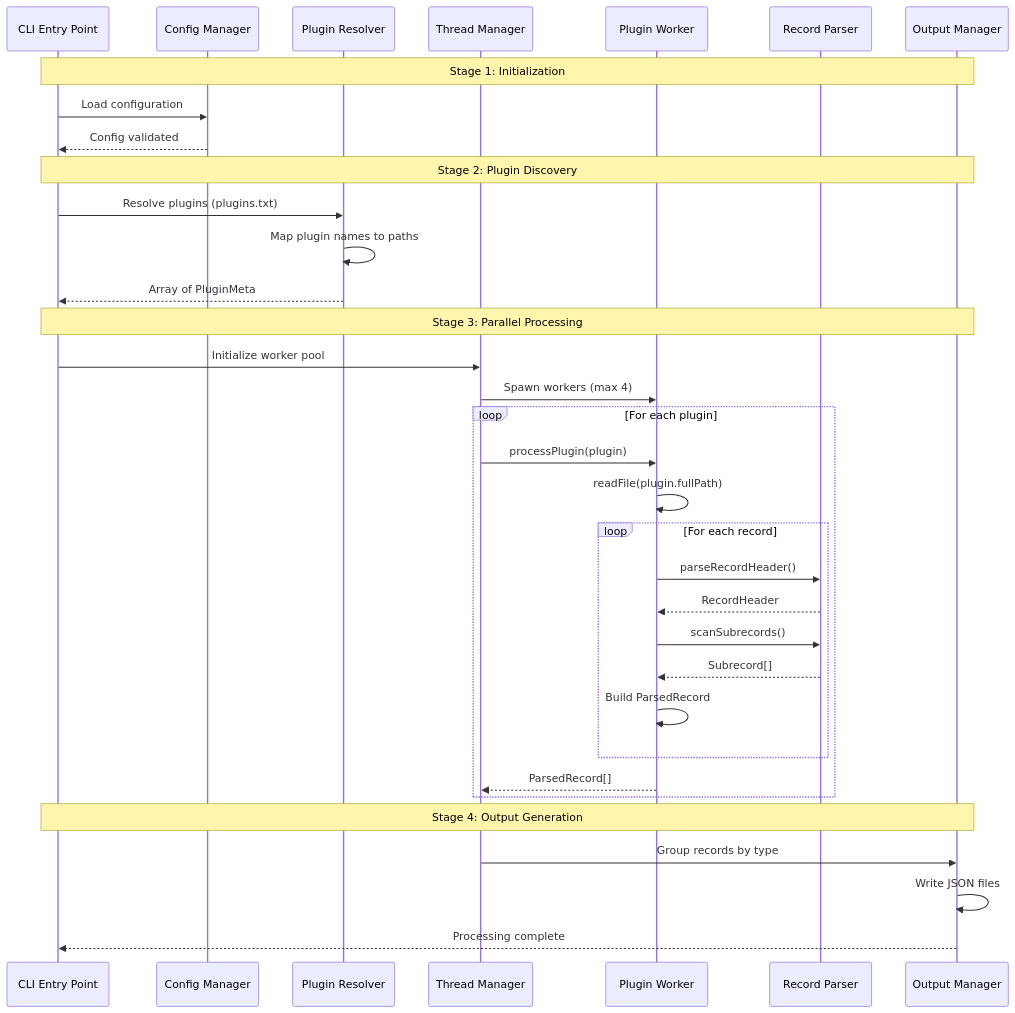
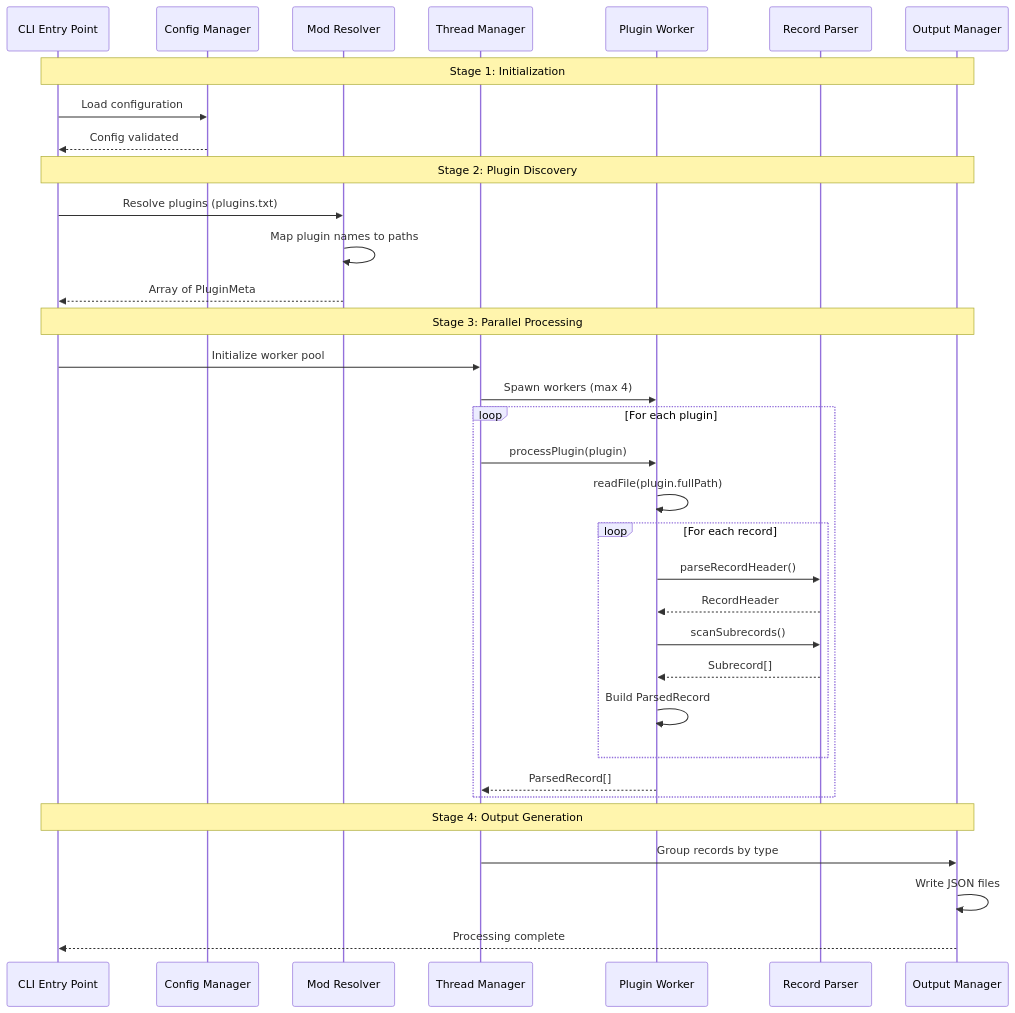
Before and after one commit to BardicNoel/lorerim-v4-codex: the diagram in skyrim-extractor/docs/processing-pipeline.md, drawn with Mermaid. The commit also changed other lines of this file and 3 other files, not shown here.

````diff
--- a/skyrim-extractor/docs/processing-pipeline.md
+++ b/skyrim-extractor/docs/processing-pipeline.md
@@ -5,43 +5,43 @@
 ```mermaid
 sequenceDiagram
     participant CLI as CLI Entry Point
     participant Config as Config Manager
-    participant Resolver as Plugin Resolver
+    participant Resolver as Mod Resolver
     participant ThreadMgr as Thread Manager
     participant Worker as Plugin Worker
     participant Parser as Record Parser
     participant Output as Output Manager
 
     Note over CLI,Output: Stage 1: Initialization
     CLI->>Config: Load configuration
     Config-->>CLI: Config validated
 
     Note over CLI,Output: Stage 2: Plugin Discovery
     CLI->>Resolver: Resolve plugins (plugins.txt)
     Resolver->>Resolver: Map plugin names to paths
     Resolver-->>CLI: Array of PluginMeta
 
     Note over CLI,Output: Stage 3: Parallel Processing
     CLI->>ThreadMgr: Initialize worker pool
     ThreadMgr->>Worker: Spawn workers (max 4)
     
     loop For each plugin
         ThreadMgr->>Worker: processPlugin(plugin)
         Worker->>Worker: readFile(plugin.fullPath)
         
         loop For each record
             Worker->>Parser: parseRecordHeader()
             Parser-->>Worker: RecordHeader
             Worker->>Parser: scanSubrecords()
             Parser-->>Worker: Subrecord[]
             Worker->>Worker: Build ParsedRecord
         end
         
         Worker-->>ThreadMgr: ParsedRecord[]
     end
 
     Note over CLI,Output: Stage 4: Output Generation
     ThreadMgr->>Output: Group records by type
     Output->>Output: Write JSON files
     Output-->>CLI: Processing complete
 ```
````
